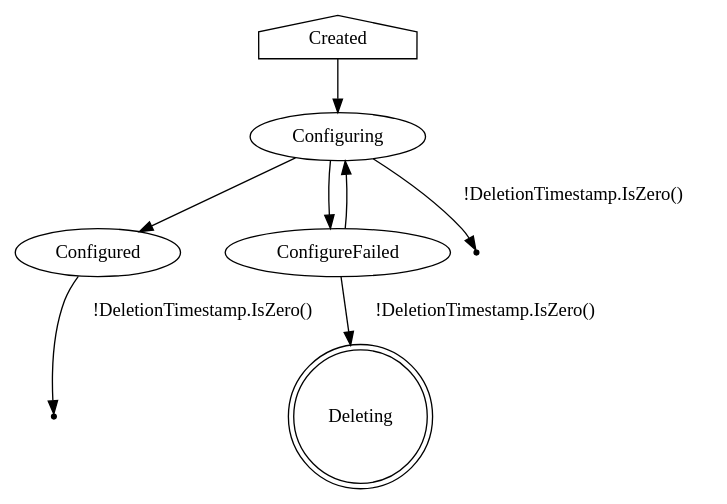
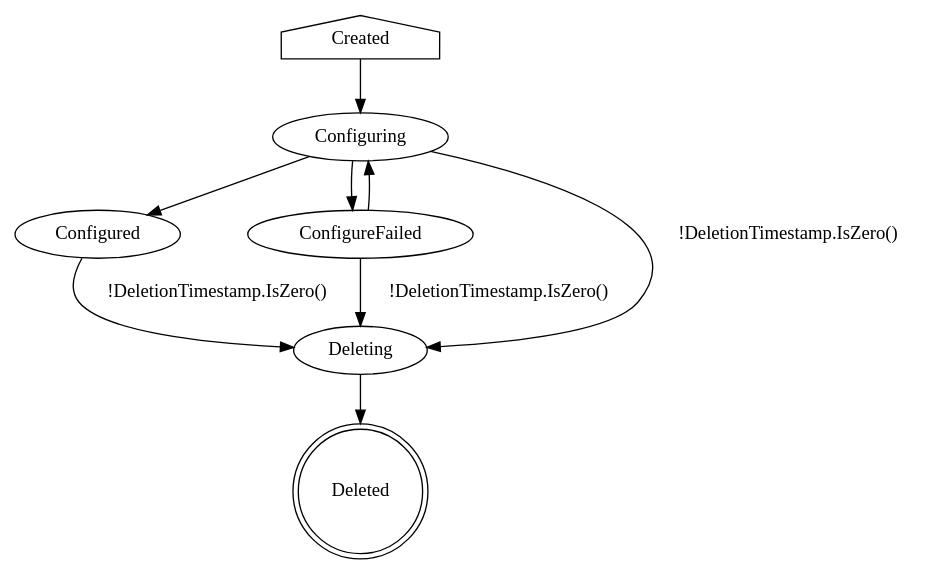
One commit to zhouhao3/networkconfiguration-operator changed the diagram in docs/networkbinding_state.dot. Above: the diagram before and after it, drawn with Graphviz. The commit also changed 1 other file, not shown here.

```diff
--- a/docs/networkbinding_state.dot
+++ b/docs/networkbinding_state.dot
@@ -1,19 +1,16 @@
 digraph NetworkBinding {
     Created [shape=house]
     Created -> Configuring
 
     Configuring -> Configured
     Configuring -> ConfigureFailed
-    Configuring -> Deleting1 [label="!DeletionTimestamp.IsZero()"]
-
-    Deleting1 [shape=point]
-
-    Configured -> Deleting2 [label="!DeletionTimestamp.IsZero()"]
-
-    Deleting2 [shape=point]
+    Configuring -> Deleting [label="!DeletionTimestamp.IsZero()"]
 
     ConfigureFailed -> Configuring
     ConfigureFailed -> Deleting [label="!DeletionTimestamp.IsZero()"]
 
-    Deleting [shape=doublecircle]
+    Configured -> Deleting [label="!DeletionTimestamp.IsZero()"]
+    Deleting -> Deleted
+
+    Deleted [shape=doublecircle]
 }
```
